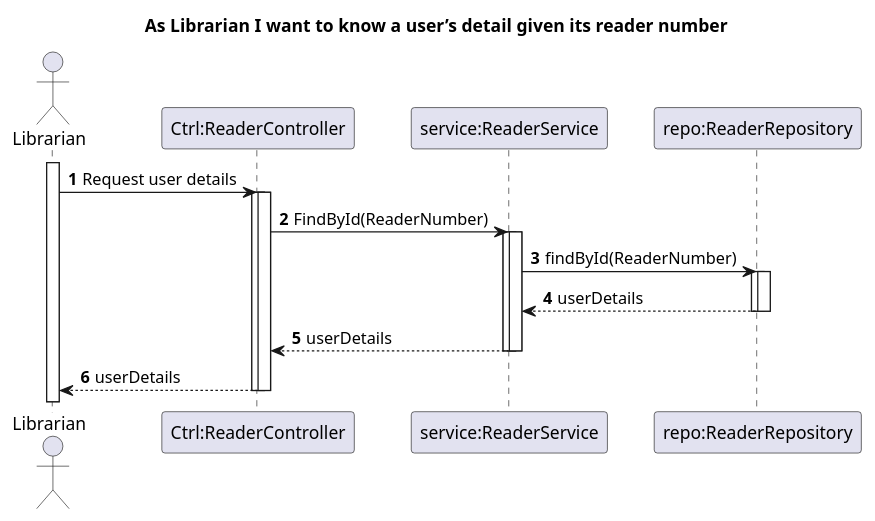
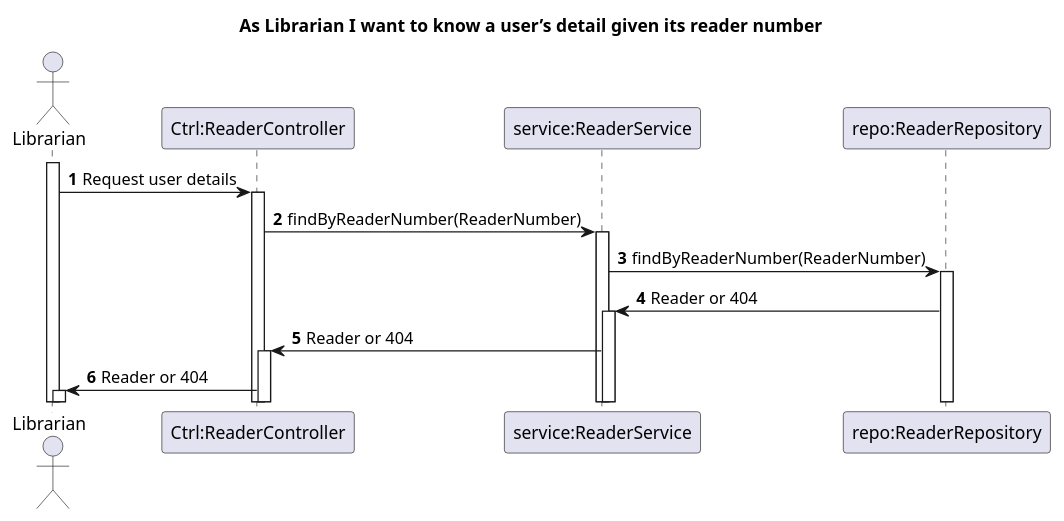
The diagram in Docs/Phase1/WP3A-Readers/Ph1-13-knowUser’sDetail/SD.puml (rutemf/1220944_1220772_G01), drawn with PlantUML before and after one commit. The commit also changed 11 other files, not shown here.

Commit message:
Fix to user repo and finished controller for Reader

```diff
--- a/Docs/Phase1/WP3A-Readers/Ph1-13-knowUser’sDetail/SD.puml
+++ b/Docs/Phase1/WP3A-Readers/Ph1-13-knowUser’sDetail/SD.puml
@@ -1,28 +1,21 @@
 @startuml
 'https://plantuml.com/sequence-diagram
 autoactivate on
 autonumber
 
 title As Librarian I want to know a user’s detail given its reader number
 
 actor "Librarian" as User
 participant "Ctrl:ReaderController" as Ctrl
 participant "service:ReaderService" as Service
 participant "repo:ReaderRepository" as Repo
 activate User
 
 User -> Ctrl: Request user details
-activate Ctrl
-Ctrl -> Service: FindById(ReaderNumber)
-activate Service
-Service -> Repo: findById(ReaderNumber)
-activate Repo
-
-Repo --> Service: userDetails
-deactivate Repo
-Service --> Ctrl: userDetails
-deactivate Service
-Ctrl --> User: userDetails
-deactivate Ctrl
+Ctrl -> Service: findByReaderNumber(ReaderNumber)
+Service -> Repo: findByReaderNumber(ReaderNumber)
+Repo -> Service: Reader or 404
+Service -> Ctrl: Reader or 404
+Ctrl -> User: Reader or 404
 
 @enduml
```
